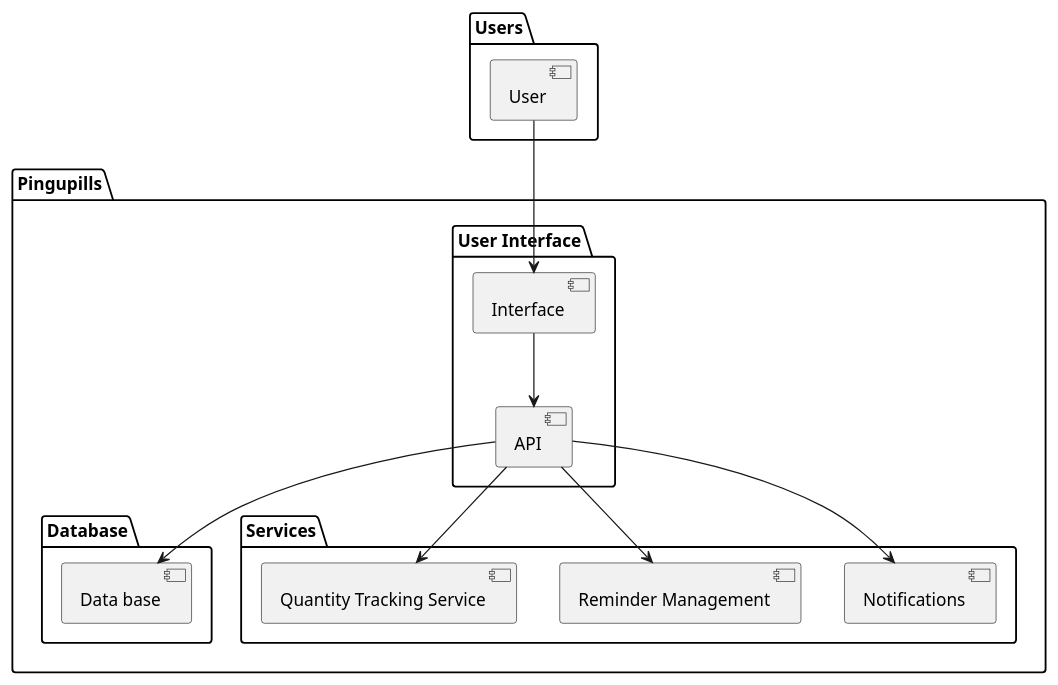
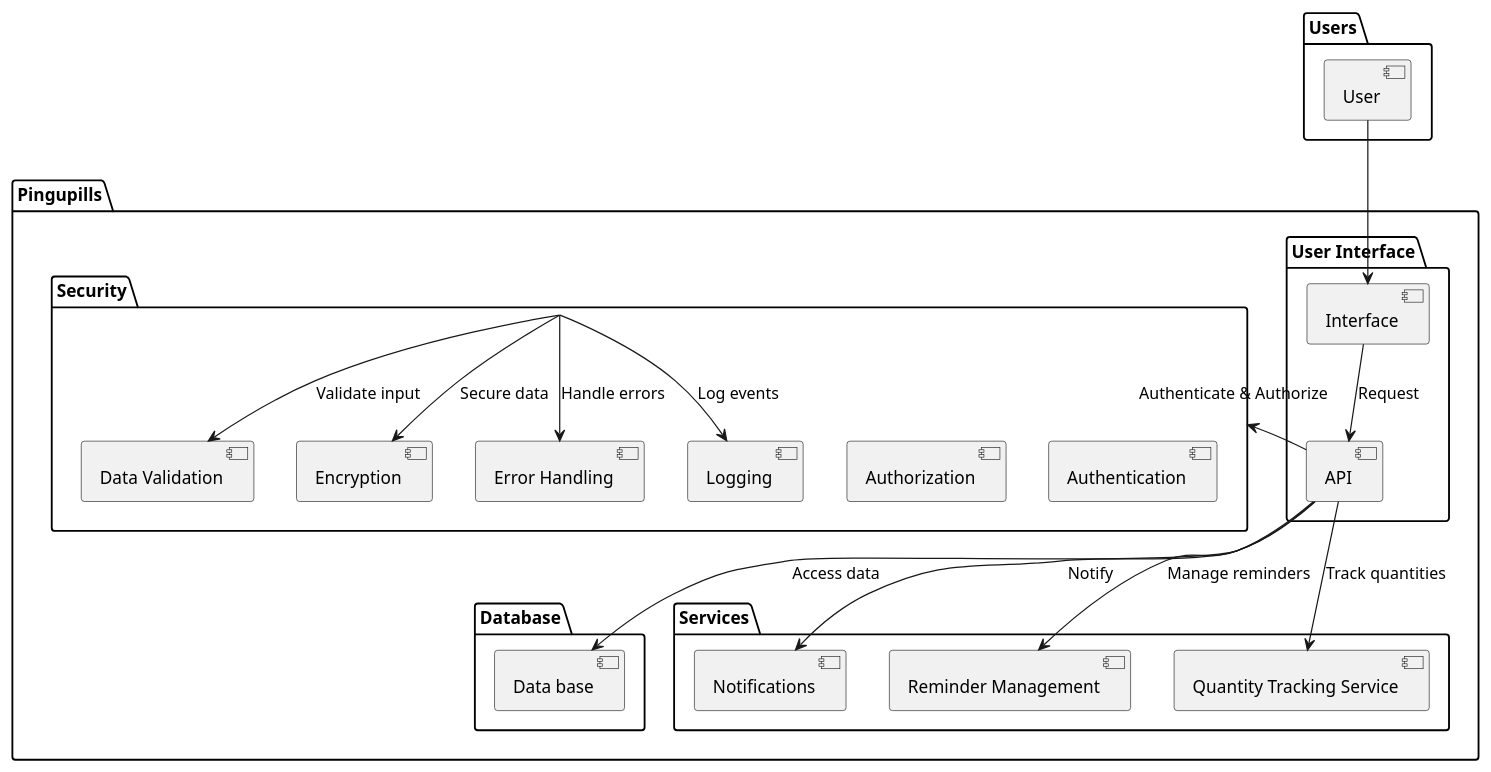
Before and after one commit to YZ1GO/L.EIC017_ES_PRJ: the diagram in assets/diagrams/logical/logical_architecture.wsd, drawn with PlantUML.

Commit message:
Made small changes to the logical diagram

```diff
--- a/assets/diagrams/logical/logical_architecture.wsd
+++ b/assets/diagrams/logical/logical_architecture.wsd
@@ -1,37 +1,54 @@
 @startuml
 
 package "Users"{
     [User]
 }
 
 
 package "Pingupills"{
 
     package "User Interface"{
         
         [API]
 
         [Interface]
 
     }
 
     package "Database"{
         [Data base]
     }
 
     package "Services"{
         [Notifications]
         [Reminder Management]
         [Quantity Tracking Service]
 
     }
 
+    package "Security"{
+        [Authentication]
+        [Authorization]
+        [Data Validation]
+        [Encryption]
+        [Error Handling]
+        [Logging]
+    }
+
+
+
+    [User] --> [Interface]
+    [Interface] --> [API] : Request
+    [API] --> [Notifications] : Notify
+    [API] --> [Data base] : Access data
+    [API] --> [Reminder Management] : Manage reminders
+    [API] --> [Quantity Tracking Service] : Track quantities
+    [Security] <-- [API] : Authenticate & Authorize
+    [Security] --> [Data Validation] : Validate input
+    [Security] --> [Encryption] : Secure data
+    [Security] --> [Error Handling] : Handle errors
+    [Security] --> [Logging] : Log events
+
 }
 
-[User] --> [Interface]
-[Interface] --> [API]
-[API] --> [Notifications]
-[API] --> [Data base]
-[API] --> [Reminder Management]
-[API] --> [Quantity Tracking Service]
 @enduml
```
